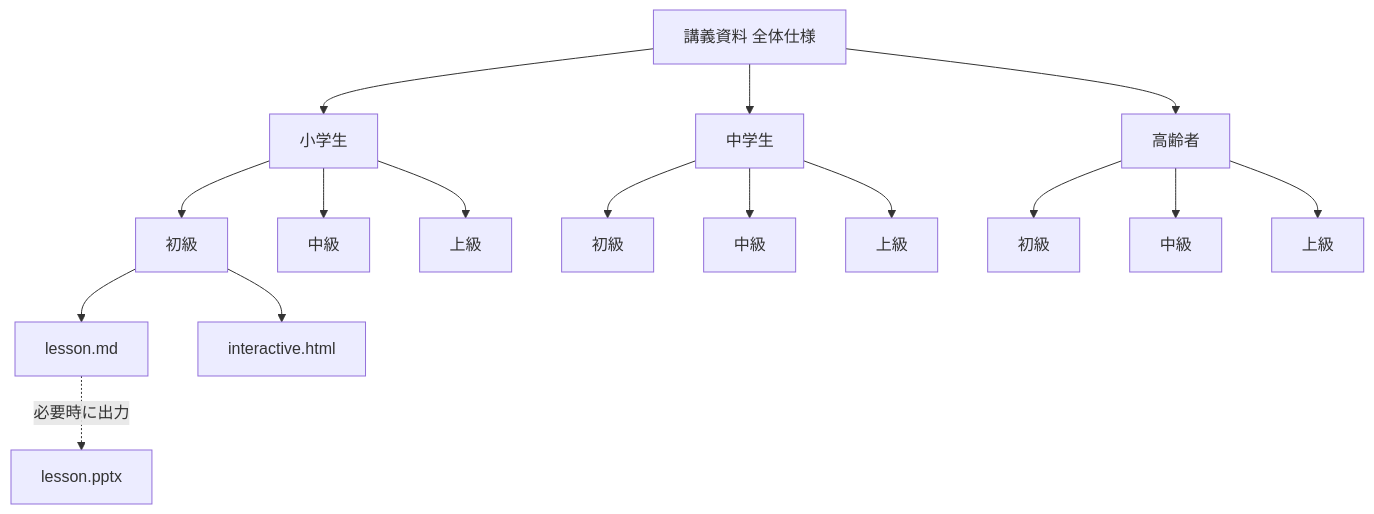
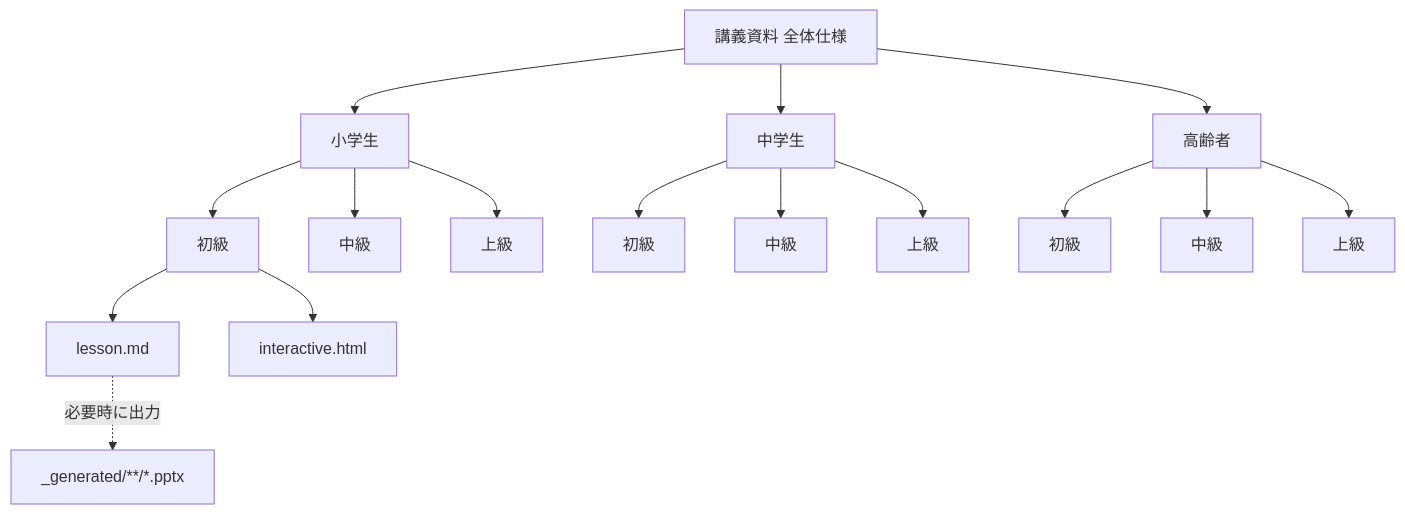
The diagram in 00_講義資料_全体仕様.md (yt-hsgw/lecture-materials), drawn with Mermaid before and after one commit. The commit also changed other lines of this file and 10 other files, not shown here.

````diff
--- a/00_講義資料_全体仕様.md
+++ b/00_講義資料_全体仕様.md
@@ -131,22 +131,22 @@
 ```mermaid
 flowchart TD
     A["講義資料 全体仕様"] --> B["小学生"]
     A --> C["中学生"]
     A --> D["高齢者"]
 
     B --> B1["初級"]
     B --> B2["中級"]
     B --> B3["上級"]
 
     C --> C1["初級"]
     C --> C2["中級"]
     C --> C3["上級"]
 
     D --> D1["初級"]
     D --> D2["中級"]
     D --> D3["上級"]
 
     B1 --> E["lesson.md"]
     B1 --> G["interactive.html"]
-    E -. 必要時に出力 .-> F["lesson.pptx"]
+    E -. 必要時に出力 .-> F["_generated/**/*.pptx"]
 ```
````
